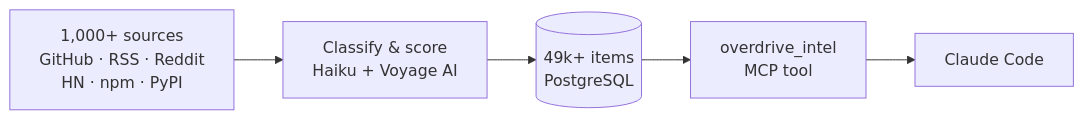
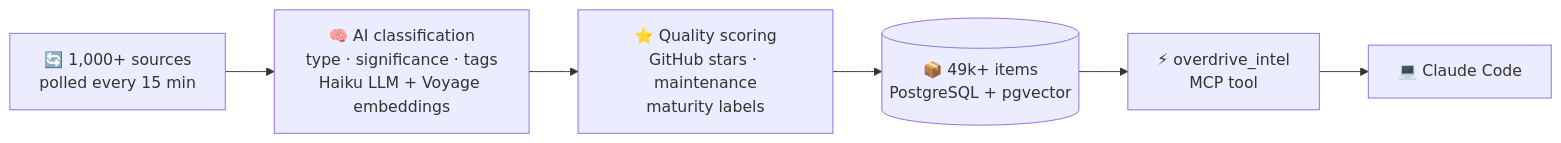
One commit to Looney-tic/intel-overdrive changed the diagram in README.md. Above: the diagram before and after it, drawn with Mermaid.

Commit message:
Improve diagram — 15 min polling, AI classification detail, quality scoring

````diff
--- a/README.md
+++ b/README.md
@@ -89,4 +89,4 @@
 ```mermaid
 flowchart LR
-    S["1,000+ sources\nGitHub · RSS · Reddit\nHN · npm · PyPI"] --> P["Classify & score\nHaiku + Voyage AI"] --> D[("49k+ items\nPostgreSQL")] --> M["overdrive_intel\nMCP tool"] --> C["Claude Code"]
+    S["🔄 1,000+ sources\npolled every 15 min"] --> C["🧠 AI classification\ntype · significance · tags\nHaiku LLM + Voyage embeddings"] --> Q["⭐ Quality scoring\nGitHub stars · maintenance\nmaturity labels"] --> D[("📦 49k+ items\nPostgreSQL + pgvector")] --> M["⚡ overdrive_intel\nMCP tool"] --> A["💻 Claude Code"]
 ```
````
